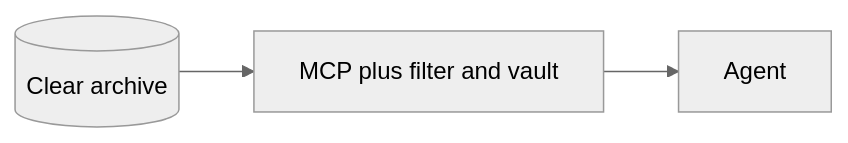
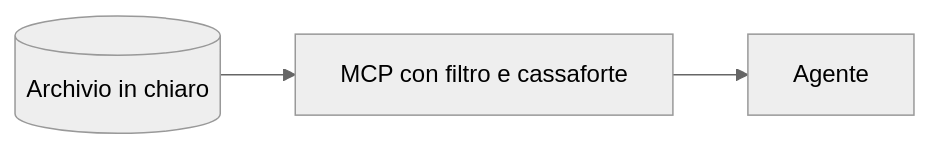
One commit to Wulfgardr/work-assistant changed the second of 4 diagrams in docs/security/pseudonymization/proposals/agent-privacy-boundary.md. Above: the diagram before and after it, drawn with Mermaid (neutral theme). The commit also changed other lines of this file and 38 other files, not shown here.

````diff
--- a/docs/security/pseudonymization/proposals/agent-privacy-boundary.md
+++ b/docs/security/pseudonymization/proposals/agent-privacy-boundary.md
@@ -60,5 +44,5 @@
 ```mermaid
 flowchart LR
-  Archive[(Clear archive)] --> MCP[MCP plus filter and vault]
-  MCP --> Agent[Agent]
+  Archivio[(Archivio in chiaro)] --> MCP[MCP con filtro e cassaforte]
+  MCP --> Agente[Agente]
 ```
````
